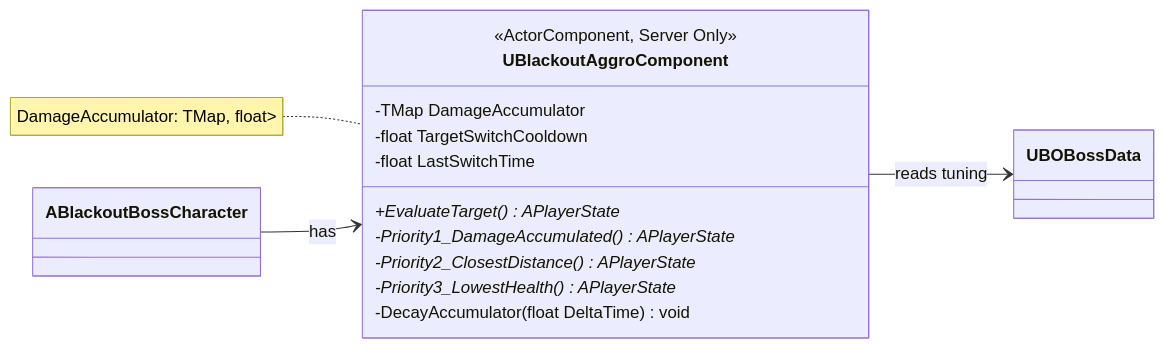
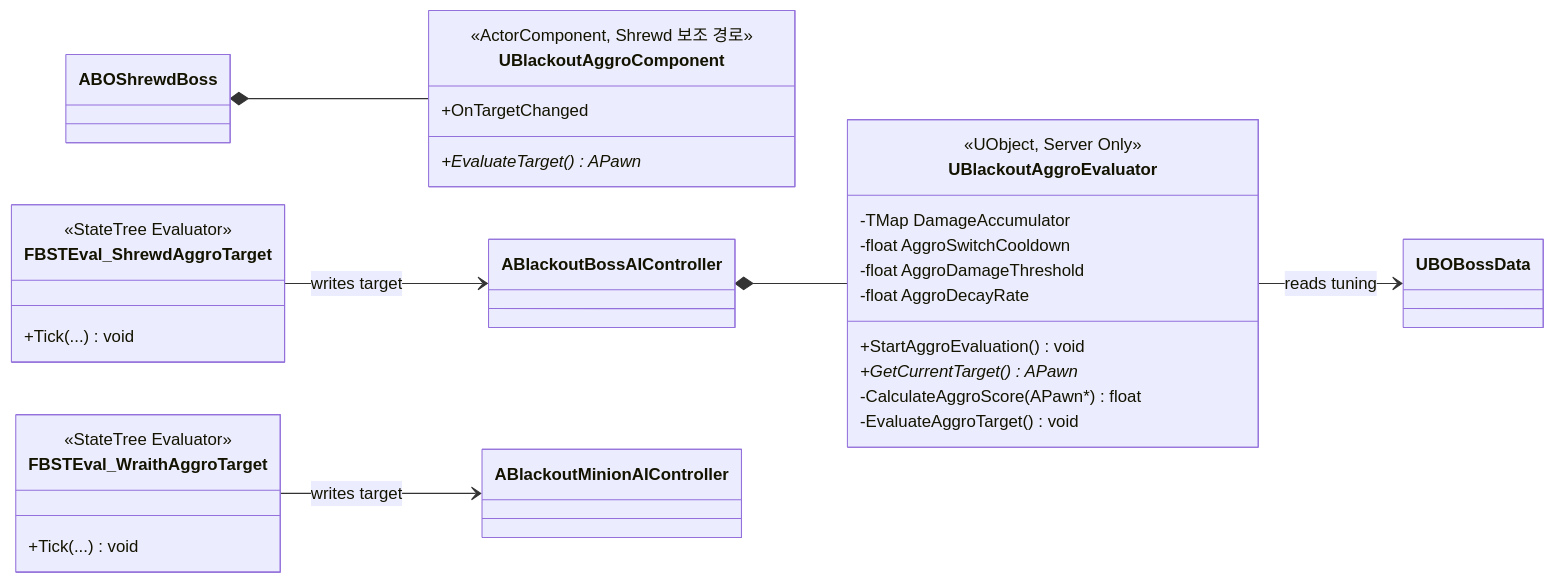
One commit to seongwon1579/ProjectBlackout changed the tenth of 15 diagrams in Docs/Project_Blackout_클래스다이어그램.md. Above: the diagram before and after it, drawn with Mermaid. The commit also changed other lines of this file and 24 other files, not shown here.

Commit message:
Docs: 클래스 다이어그램 최신화

````diff
--- a/Docs/Project_Blackout_클래스다이어그램.md
+++ b/Docs/Project_Blackout_클래스다이어그램.md
@@ -490,21 +532,38 @@
 ```mermaid
 classDiagram
     direction LR
 
-    class UBlackoutAggroComponent {
-        <<ActorComponent, Server Only>>
+    class UBlackoutAggroEvaluator {
+        <<UObject, Server Only>>
         -TMap DamageAccumulator
-        -float TargetSwitchCooldown
-        -float LastSwitchTime
-        +EvaluateTarget() APlayerState*
-        -Priority1_DamageAccumulated() APlayerState*
-        -Priority2_ClosestDistance() APlayerState*
-        -Priority3_LowestHealth() APlayerState*
-        -DecayAccumulator(float DeltaTime) void
+        -float AggroSwitchCooldown
+        -float AggroDamageThreshold
+        -float AggroDecayRate
+        +StartAggroEvaluation() void
+        +GetCurrentTarget() APawn*
+        -CalculateAggroScore(APawn*) float
+        -EvaluateAggroTarget() void
     }
 
-    ABlackoutBossCharacter --> UBlackoutAggroComponent : has
-    UBlackoutAggroComponent --> UBOBossData : reads tuning
+    class UBlackoutAggroComponent {
+        <<ActorComponent, Shrewd 보조 경로>>
+        +OnTargetChanged
+        +EvaluateTarget() APawn*
+    }
 
-    note for UBlackoutAggroComponent "DamageAccumulator: TMap<TWeakObjectPtr<APlayerState>, float>"
+    class FBSTEval_ShrewdAggroTarget {
+        <<StateTree Evaluator>>
+        +Tick(...) void
+    }
+
+    class FBSTEval_WraithAggroTarget {
+        <<StateTree Evaluator>>
+        +Tick(...) void
+    }
+
+    ABlackoutBossAIController *-- UBlackoutAggroEvaluator
+    ABOShrewdBoss *-- UBlackoutAggroComponent
+    UBlackoutAggroEvaluator --> UBOBossData : reads tuning
+    FBSTEval_ShrewdAggroTarget --> ABlackoutBossAIController : writes target
+    FBSTEval_WraithAggroTarget --> ABlackoutMinionAIController : writes target
 ```
````
